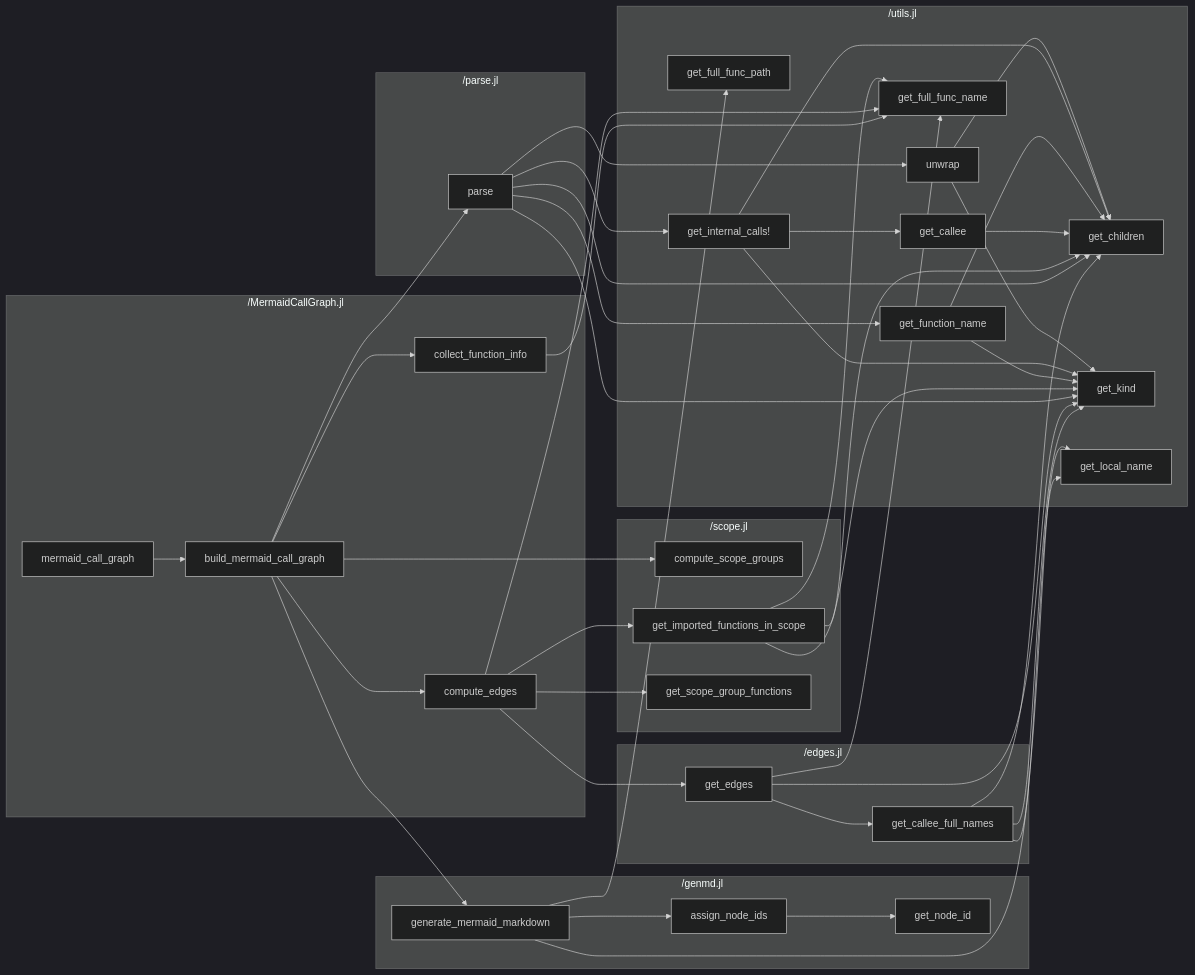
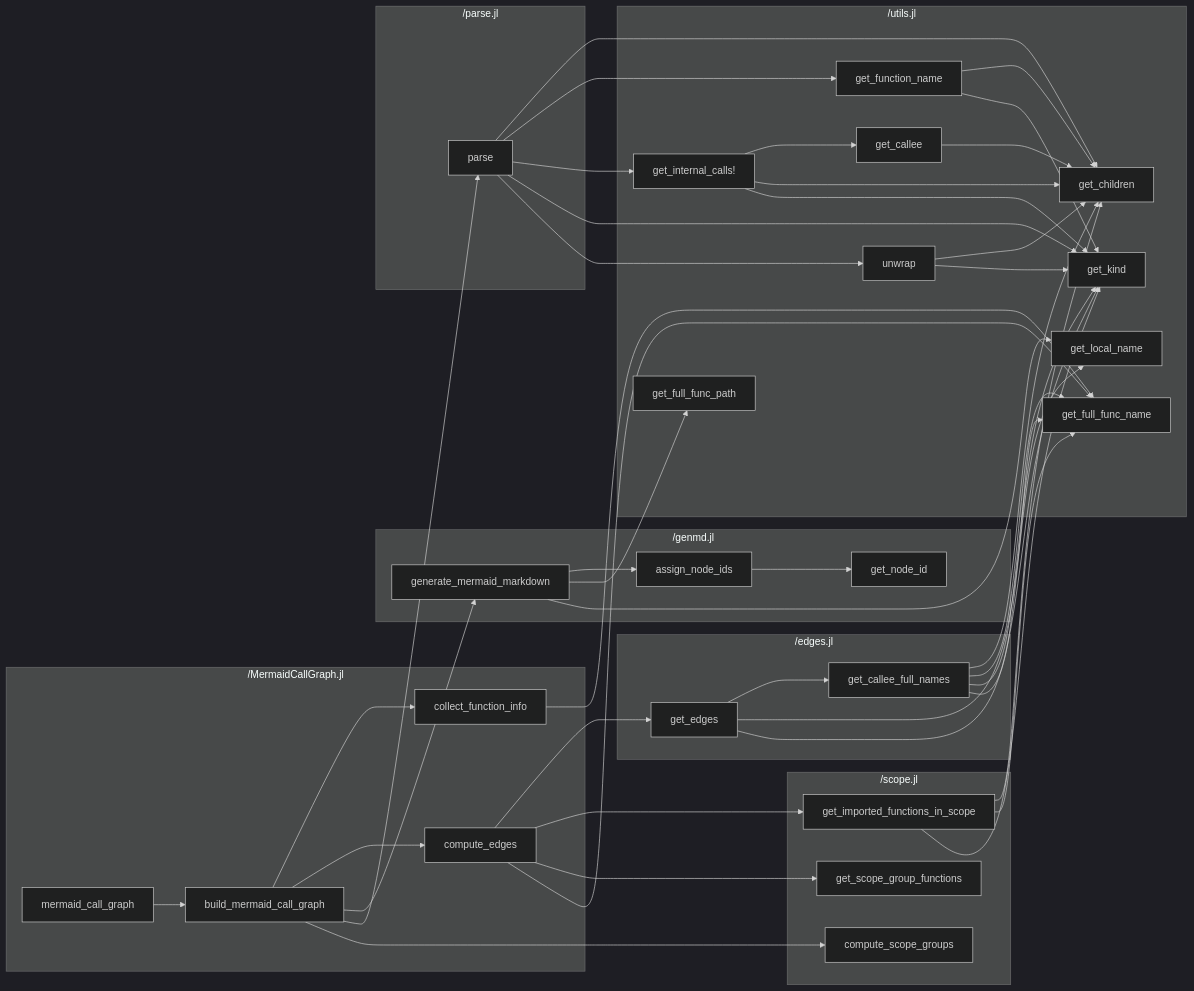
Before and after one commit to t-garin/MermaidCallGraph.jl: the diagram in test/expected_mermaid_call_graph.md, drawn with Mermaid (dark theme). The commit also changed 2 other files, not shown here.

Commit message:
call utils

````diff
--- a/test/expected_mermaid_call_graph.md
+++ b/test/expected_mermaid_call_graph.md
@@ -1,74 +1,75 @@
 ```mermaid
 flowchart LR
     subgraph "/MermaidCallGraph.jl"
         _MermaidCallGraph_jl_build_mermaid_call_graph["build_mermaid_call_graph"]
         _MermaidCallGraph_jl_collect_function_info["collect_function_info"]
         _MermaidCallGraph_jl_compute_edges["compute_edges"]
         _MermaidCallGraph_jl_mermaid_call_graph["mermaid_call_graph"]
     end
     subgraph "/edges.jl"
         _edges_jl_get_callee_full_names["get_callee_full_names"]
         _edges_jl_get_edges["get_edges"]
     end
     subgraph "/genmd.jl"
         _genmd_jl_assign_node_ids["assign_node_ids"]
         _genmd_jl_generate_mermaid_markdown["generate_mermaid_markdown"]
         _genmd_jl_get_node_id["get_node_id"]
     end
     subgraph "/parse.jl"
         _parse_jl_parse["parse"]
     end
     subgraph "/scope.jl"
         _scope_jl_compute_scope_groups["compute_scope_groups"]
         _scope_jl_get_imported_functions_in_scope["get_imported_functions_in_scope"]
         _scope_jl_get_scope_group_functions["get_scope_group_functions"]
     end
     subgraph "/utils.jl"
         _utils_jl_get_callee["get_callee"]
         _utils_jl_get_children["get_children"]
         _utils_jl_get_full_func_name["get_full_func_name"]
         _utils_jl_get_full_func_path["get_full_func_path"]
         _utils_jl_get_function_name["get_function_name"]
         _utils_jl_get_internal_calls_["get_internal_calls!"]
         _utils_jl_get_kind["get_kind"]
         _utils_jl_get_local_name["get_local_name"]
         _utils_jl_unwrap["unwrap"]
     end
     _MermaidCallGraph_jl_build_mermaid_call_graph --> _MermaidCallGraph_jl_collect_function_info
     _MermaidCallGraph_jl_build_mermaid_call_graph --> _MermaidCallGraph_jl_compute_edges
     _MermaidCallGraph_jl_build_mermaid_call_graph --> _genmd_jl_generate_mermaid_markdown
     _MermaidCallGraph_jl_build_mermaid_call_graph --> _parse_jl_parse
     _MermaidCallGraph_jl_build_mermaid_call_graph --> _scope_jl_compute_scope_groups
     _MermaidCallGraph_jl_collect_function_info --> _utils_jl_get_full_func_name
     _MermaidCallGraph_jl_compute_edges --> _edges_jl_get_edges
     _MermaidCallGraph_jl_compute_edges --> _scope_jl_get_imported_functions_in_scope
     _MermaidCallGraph_jl_compute_edges --> _scope_jl_get_scope_group_functions
     _MermaidCallGraph_jl_compute_edges --> _utils_jl_get_full_func_name
     _MermaidCallGraph_jl_mermaid_call_graph --> _MermaidCallGraph_jl_build_mermaid_call_graph
     _edges_jl_get_callee_full_names --> _utils_jl_get_children
+    _edges_jl_get_callee_full_names --> _utils_jl_get_full_func_name
     _edges_jl_get_callee_full_names --> _utils_jl_get_kind
     _edges_jl_get_callee_full_names --> _utils_jl_get_local_name
     _edges_jl_get_edges --> _edges_jl_get_callee_full_names
     _edges_jl_get_edges --> _utils_jl_get_full_func_name
     _edges_jl_get_edges --> _utils_jl_get_kind
     _genmd_jl_assign_node_ids --> _genmd_jl_get_node_id
     _genmd_jl_generate_mermaid_markdown --> _genmd_jl_assign_node_ids
     _genmd_jl_generate_mermaid_markdown --> _utils_jl_get_full_func_path
     _genmd_jl_generate_mermaid_markdown --> _utils_jl_get_local_name
     _parse_jl_parse --> _utils_jl_get_children
     _parse_jl_parse --> _utils_jl_get_function_name
     _parse_jl_parse --> _utils_jl_get_internal_calls_
     _parse_jl_parse --> _utils_jl_get_kind
     _parse_jl_parse --> _utils_jl_unwrap
     _scope_jl_get_imported_functions_in_scope --> _utils_jl_get_children
     _scope_jl_get_imported_functions_in_scope --> _utils_jl_get_full_func_name
     _scope_jl_get_imported_functions_in_scope --> _utils_jl_get_kind
     _utils_jl_get_callee --> _utils_jl_get_children
     _utils_jl_get_function_name --> _utils_jl_get_children
     _utils_jl_get_function_name --> _utils_jl_get_kind
     _utils_jl_get_internal_calls_ --> _utils_jl_get_callee
     _utils_jl_get_internal_calls_ --> _utils_jl_get_children
     _utils_jl_get_internal_calls_ --> _utils_jl_get_kind
     _utils_jl_unwrap --> _utils_jl_get_children
     _utils_jl_unwrap --> _utils_jl_get_kind
 ```
````
